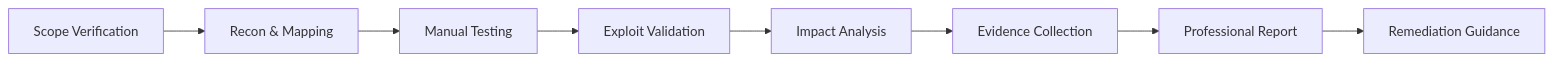
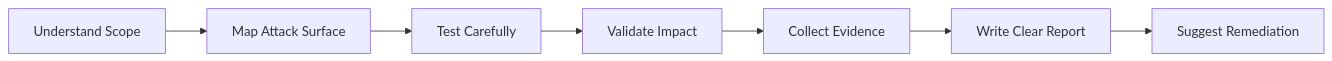
One commit to bavlybibo/bavlybibo changed the diagram in README.md. Above: the diagram before and after it, drawn with Mermaid. The commit also changed other lines of this file, not shown here.

````diff
--- a/README.md
+++ b/README.md
@@ -127,10 +202,9 @@
 ```mermaid
 flowchart LR
-    A[Scope Verification] --> B[Recon & Mapping]
-    B --> C[Manual Testing]
-    C --> D[Exploit Validation]
-    D --> E[Impact Analysis]
-    E --> F[Evidence Collection]
-    F --> G[Professional Report]
-    G --> H[Remediation Guidance]
+    A[Understand Scope] --> B[Map Attack Surface]
+    B --> C[Test Carefully]
+    C --> D[Validate Impact]
+    D --> E[Collect Evidence]
+    E --> F[Write Clear Report]
+    F --> G[Suggest Remediation]
 ```
````
